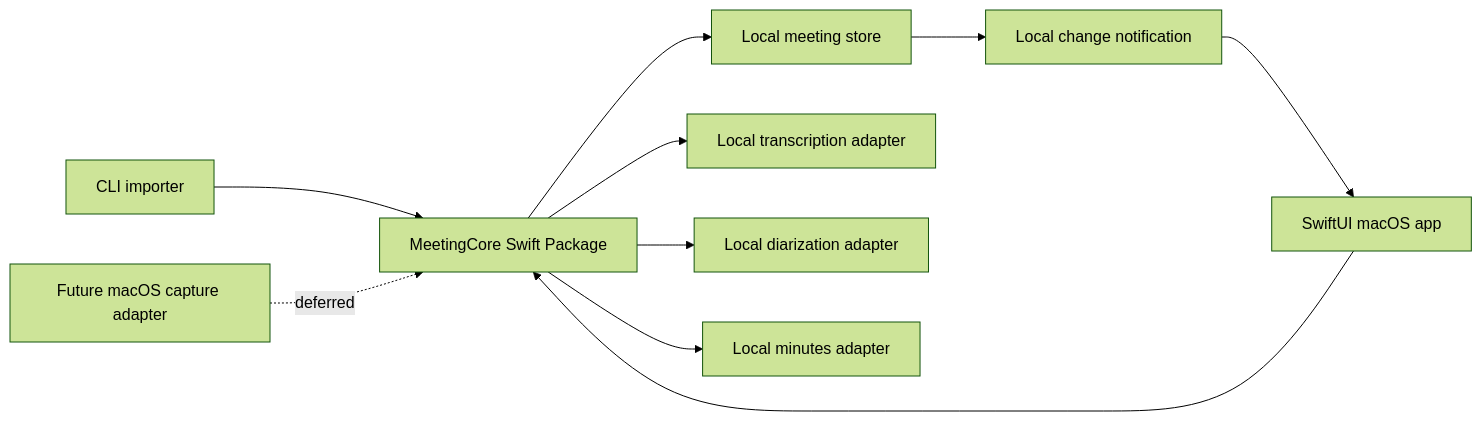
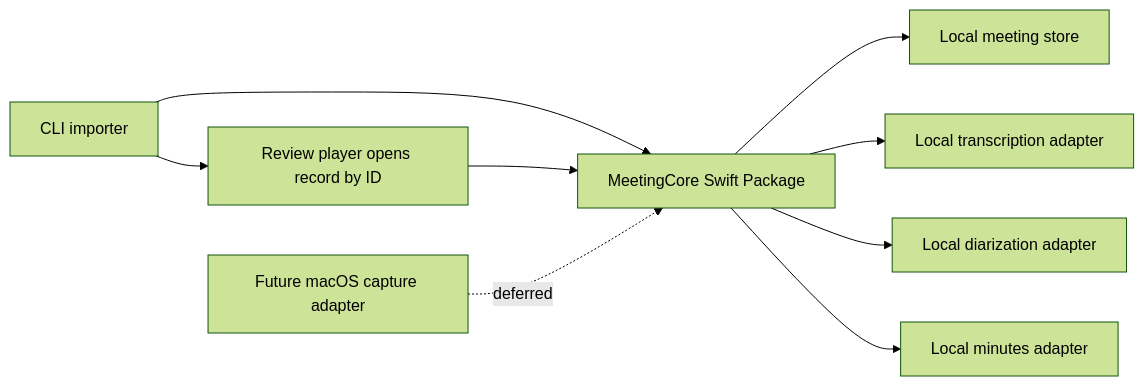
The diagram in docs/candidate-architecture.md (rstyczynski/meeting_minutes), drawn with Mermaid (forest theme) before and after one commit. The commit also changed other lines of this file and 50 other files, not shown here.

````diff
--- a/docs/candidate-architecture.md
+++ b/docs/candidate-architecture.md
@@ -20,12 +20,11 @@
 ```mermaid
 flowchart LR
     CLI[CLI importer] --> Core[MeetingCore Swift Package]
     UI[SwiftUI macOS app] --> Core
     Core --> Store[Local meeting store]
     Core --> Transcript[Local transcription adapter]
     Core --> Attribution[Local diarization adapter]
     Core --> Minutes[Local minutes adapter]
-    Store --> Event[Local change notification]
-    Event --> UI
+    CLI --> UI[Review player opens record by ID]
     FutureCapture[Future macOS capture adapter] -. deferred .-> Core
 ```
````
